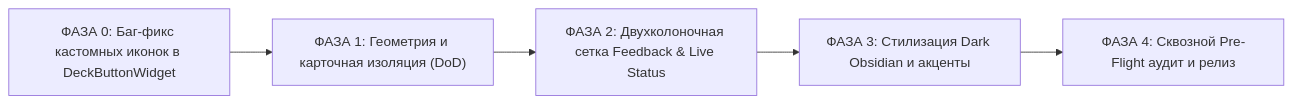
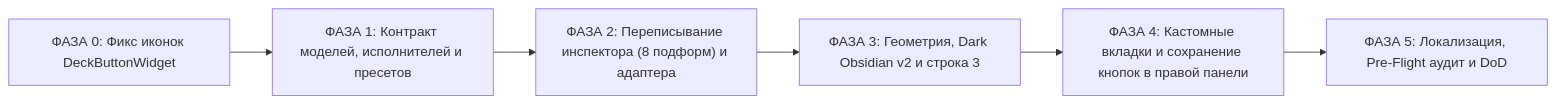
Before and after one commit to Einthel/duckdock: the diagram in .md/deck/edit_atrib2.md, drawn with Mermaid. The commit also changed other lines of this file and 78 other files, not shown here.

````diff
--- a/.md/deck/edit_atrib2.md
+++ b/.md/deck/edit_atrib2.md
@@ -550,7 +76,8 @@
 ```mermaid
 flowchart LR
-    P0["ФАЗА 0: Баг-фикс кастомных иконок в DeckButtonWidget"] --> P1["ФАЗА 1: Геометрия и карточная изоляция (DoD)"]
-    P1 --> P2["ФАЗА 2: Двухколоночная сетка Feedback & Live Status"]
-    P2 --> P3["ФАЗА 3: Стилизация Dark Obsidian и акценты"]
-    P3 --> P4["ФАЗА 4: Сквозной Pre-Flight аудит и релиз"]
+    P0["ФАЗА 0: Фикс иконок DeckButtonWidget"] --> P1["ФАЗА 1: Контракт моделей, исполнителей и пресетов"]
+    P1 --> P2["ФАЗА 2: Переписывание инспектора (8 подформ) и адаптера"]
+    P2 --> P3["ФАЗА 3: Геометрия, Dark Obsidian v2 и строка 3"]
+    P3 --> P4["ФАЗА 4: Кастомные вкладки и сохранение кнопок в правой панели"]
+    P4 --> P5["ФАЗА 5: Локализация, Pre-Flight аудит и DoD"]
 ```
````
